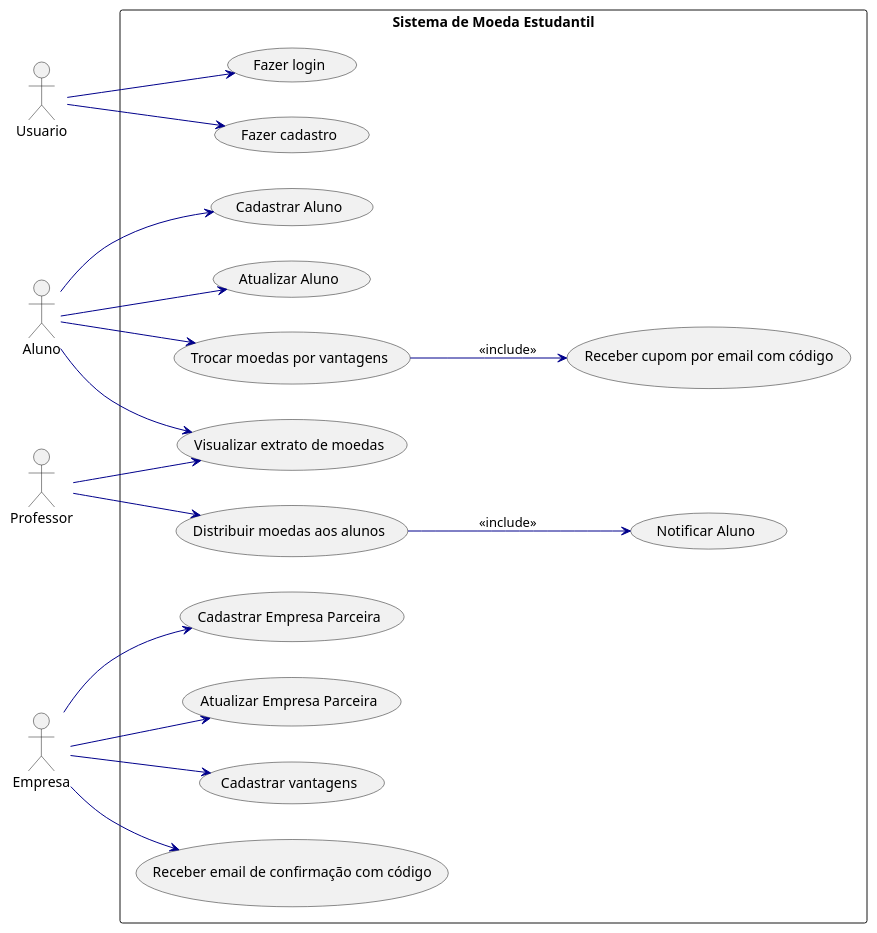
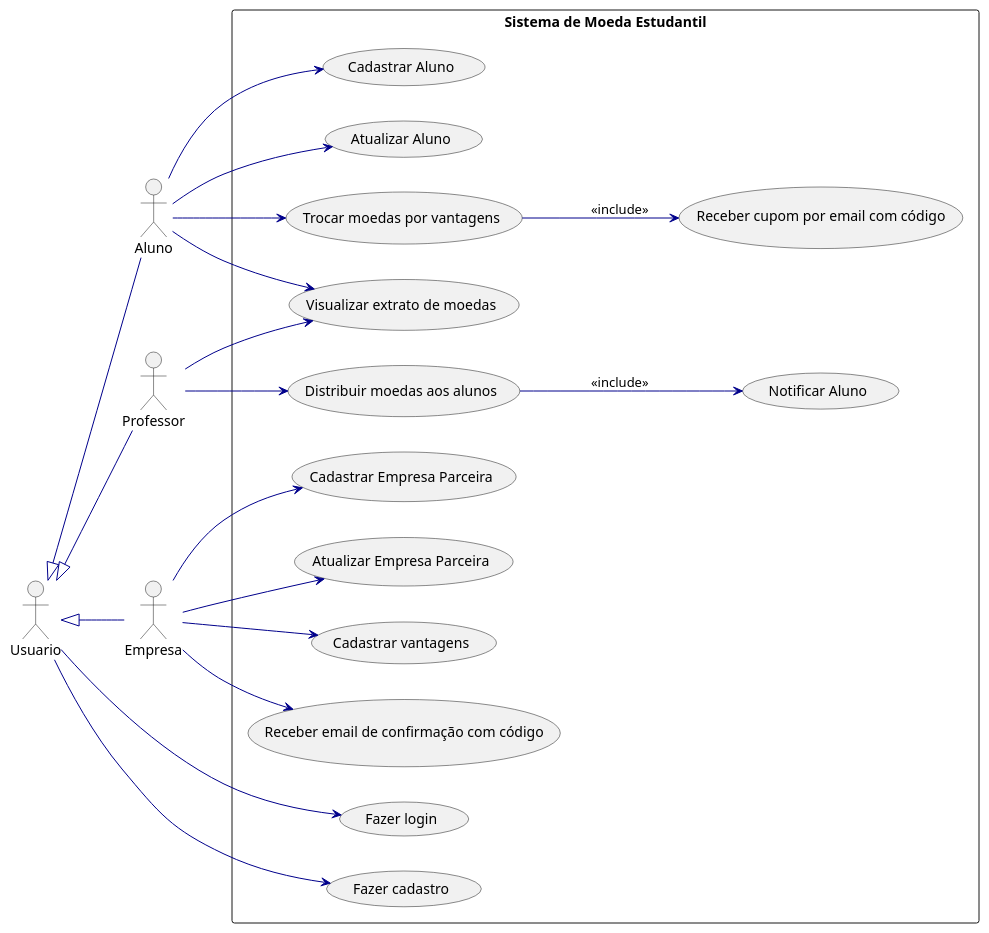
One commit to hegdt/lds-3 changed the diagram in project/code/usecase.puml. Above: the diagram before and after it, drawn with PlantUML.

```diff
--- a/project/code/usecase.puml
+++ b/project/code/usecase.puml
@@ -1,52 +1,58 @@
 @startuml
 left to right direction
 skinparam packageStyle rectangle
 skinparam usecase {
   ArrowColor DarkBlue
   ActorBorderColor black
   ActorFontStyle bold
   UsecaseBorderColor Navy
   UsecaseFontColor DarkBlue
 }
 
 actor Usuario
 actor Aluno
 actor Professor
 actor Empresa
 
 package "Sistema de Moeda Estudantil" {
 
   usecase "Fazer login" as UC_Login
   usecase "Fazer cadastro" as UC_CadUsuario
   usecase "Cadastrar Aluno" as UC_CadAluno
   usecase "Atualizar Aluno" as UC_UpdAluno
   usecase "Cadastrar Empresa Parceira" as UC_CadEmpresa
   usecase "Atualizar Empresa Parceira" as UC_UpdEmpresa
   usecase "Visualizar extrato de moedas" as UC_Extrato
   usecase "Trocar moedas por vantagens" as UC_TrocaMoedas
   usecase "Receber cupom por email com código" as UC_EmailCupom
   usecase "Notificar Aluno" as UC_ReceberMoedas
   usecase "Distribuir moedas aos alunos" as UC_DistribuirMoedas
   usecase "Cadastrar vantagens" as UC_CadVantagem
   usecase "Receber email de confirmação com código" as UC_ConfirmacaoParceiro
 }
 
 Usuario --> UC_Login
 Usuario --> UC_CadUsuario
+
+' Herança entre atores
+Usuario <|-- Aluno
+Usuario <|-- Professor
+Usuario <|-- Empresa
+
 Aluno --> UC_CadAluno
 Aluno --> UC_UpdAluno
 Aluno --> UC_Extrato
 Aluno --> UC_TrocaMoedas
 
 Professor --> UC_DistribuirMoedas
 Professor --> UC_Extrato
 
 Empresa --> UC_CadEmpresa
 Empresa --> UC_UpdEmpresa
 Empresa --> UC_CadVantagem
 Empresa --> UC_ConfirmacaoParceiro
 
 UC_TrocaMoedas --> UC_EmailCupom : <<include>>
 UC_DistribuirMoedas --> UC_ReceberMoedas : <<include>>
 
 @enduml
```
